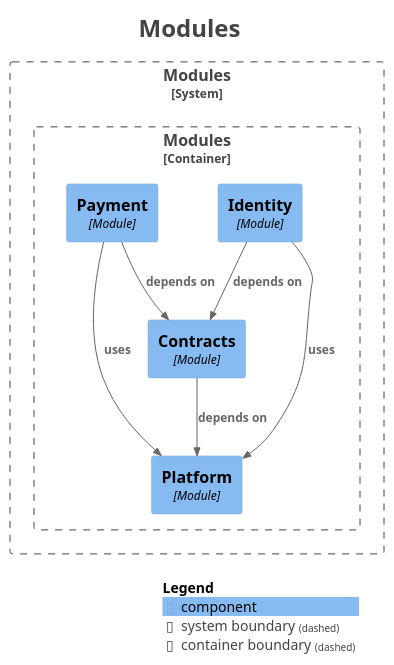
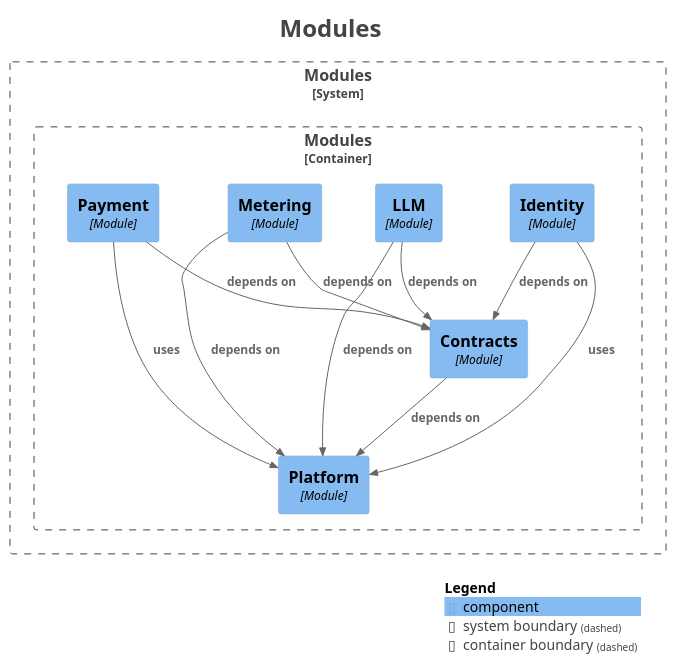
Before and after one commit to thereYany/atry: the diagram in docs/generated/modulith/components.puml, drawn with PlantUML. The commit also changed 49 other files, not shown here.

First line of the commit message:
feat(P0): atry-llm/atry-metering 模块骨架、契约、Flyway 与门禁

```diff
--- a/docs/generated/modulith/components.puml
+++ b/docs/generated/modulith/components.puml
@@ -1,36 +1,42 @@
 @startuml
 title <size:24>Modules</size>
 
 set separator none
 top to bottom direction
 
 <style>
   root {
     BackgroundColor: #ffffff
     FontColor: #444444
   }
 </style>
 
 !include <C4/C4>
 !include <C4/C4_Context>
 !include <C4/C4_Component>
 
 System_Boundary("Modules_boundary", "Modules", $tags="") {
   Container_Boundary("Modules.Modules_boundary", "Modules", $tags="") {
     Component(Modules.Modules.Platform, "Platform", $techn="Module", $descr="", $tags="", $link="")
     Component(Modules.Modules.Contracts, "Contracts", $techn="Module", $descr="", $tags="", $link="")
     Component(Modules.Modules.Identity, "Identity", $techn="Module", $descr="", $tags="", $link="")
+    Component(Modules.Modules.LLM, "LLM", $techn="Module", $descr="", $tags="", $link="")
+    Component(Modules.Modules.Metering, "Metering", $techn="Module", $descr="", $tags="", $link="")
     Component(Modules.Modules.Payment, "Payment", $techn="Module", $descr="", $tags="", $link="")
   }
 
 }
 
-Rel(Modules.Modules.Payment, Modules.Modules.Platform, "uses", $techn="", $tags="", $link="")
 Rel(Modules.Modules.Identity, Modules.Modules.Contracts, "depends on", $techn="", $tags="", $link="")
 Rel(Modules.Modules.Identity, Modules.Modules.Platform, "uses", $techn="", $tags="", $link="")
+Rel(Modules.Modules.Metering, Modules.Modules.Contracts, "depends on", $techn="", $tags="", $link="")
+Rel(Modules.Modules.Metering, Modules.Modules.Platform, "depends on", $techn="", $tags="", $link="")
 Rel(Modules.Modules.Contracts, Modules.Modules.Platform, "depends on", $techn="", $tags="", $link="")
 Rel(Modules.Modules.Payment, Modules.Modules.Contracts, "depends on", $techn="", $tags="", $link="")
+Rel(Modules.Modules.Payment, Modules.Modules.Platform, "uses", $techn="", $tags="", $link="")
+Rel(Modules.Modules.LLM, Modules.Modules.Contracts, "depends on", $techn="", $tags="", $link="")
+Rel(Modules.Modules.LLM, Modules.Modules.Platform, "depends on", $techn="", $tags="", $link="")
 
 SHOW_LEGEND(true)
 hide stereotypes
 @enduml
```
